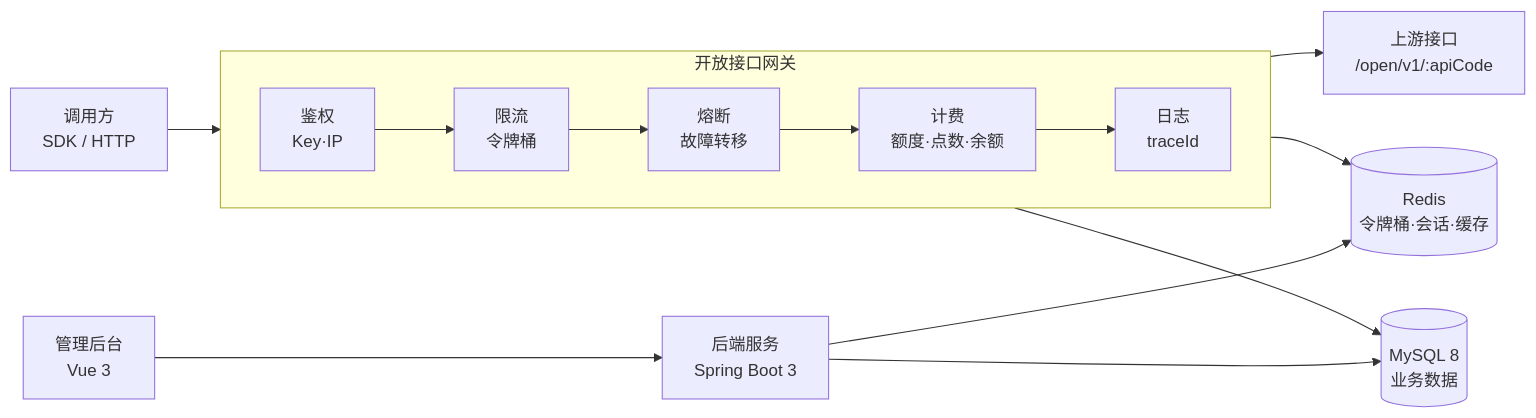
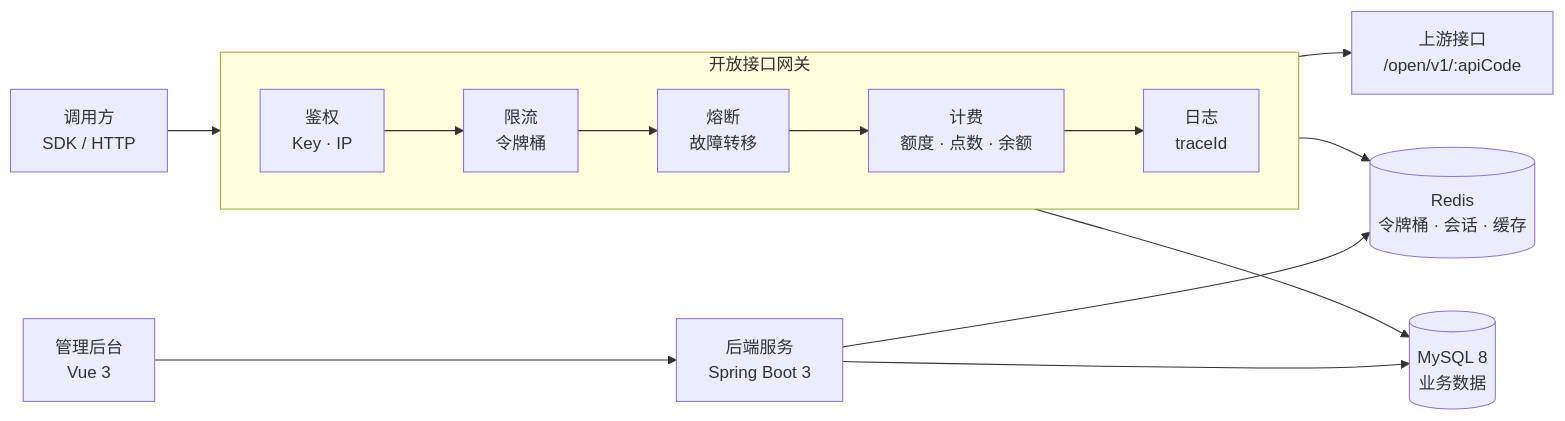
One commit to 132465798a/zhengxian-api-platform changed the diagram in README.md. Above: the diagram before and after it, drawn with Mermaid. The commit also changed other lines of this file, not shown here.

Commit message:
docs: 重写 README，逐功能详细介绍，修复图片渲染

````diff
--- a/README.md
+++ b/README.md
@@ -112,16 +515,16 @@
 ```mermaid
 flowchart LR
     A[调用方<br/>SDK / HTTP] --> G
 
     subgraph GW[开放接口网关]
         direction LR
-        G[鉴权<br/>Key·IP] --> L[限流<br/>令牌桶] --> F[熔断<br/>故障转移] --> B[计费<br/>额度·点数·余额] --> T[日志<br/>traceId]
+        G[鉴权<br/>Key · IP] --> L[限流<br/>令牌桶] --> F[熔断<br/>故障转移] --> B[计费<br/>额度 · 点数 · 余额] --> T[日志<br/>traceId]
     end
 
     T --> U[上游接口<br/>/open/v1/:apiCode]
-    GW --> R[(Redis<br/>令牌桶·会话·缓存)]
+    GW --> R[(Redis<br/>令牌桶 · 会话 · 缓存)]
     GW --> M[(MySQL 8<br/>业务数据)]
     C[管理后台<br/>Vue 3] --> S[后端服务<br/>Spring Boot 3]
     S --> M
     S --> R
 ```
````
